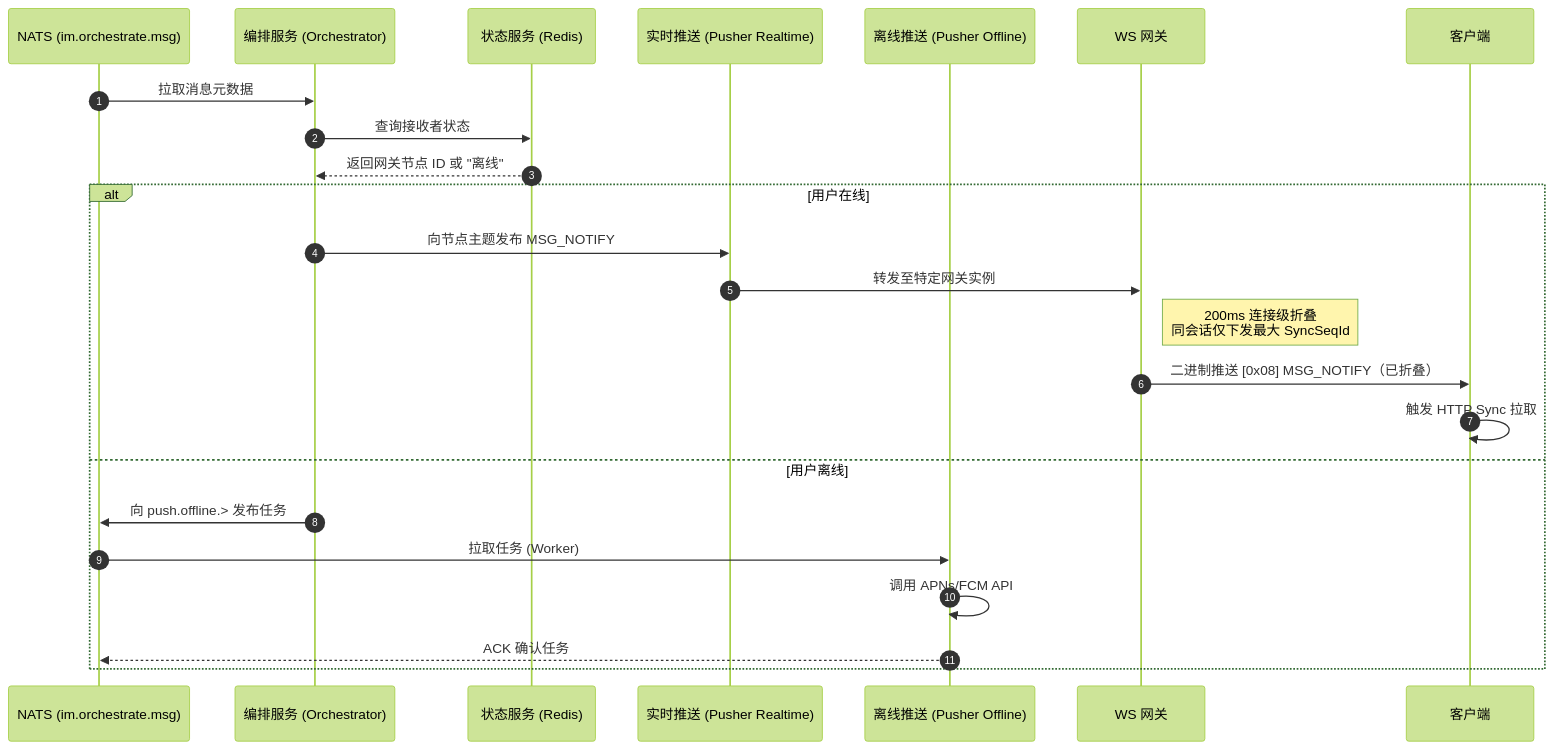
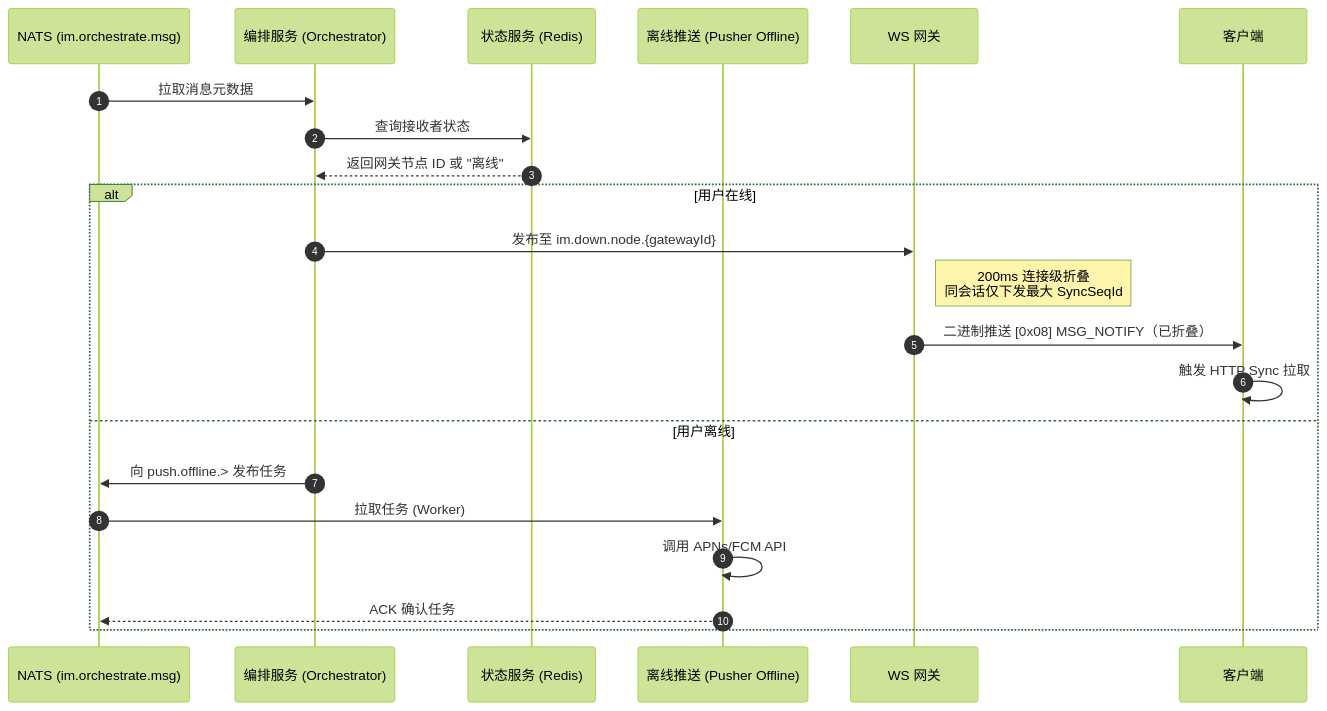
One commit to JamesWilson19970101/ocean.chat.docs changed the diagram in i18n/zh-CN/docusaurus-plugin-content-docs/current/devdocs/Bussiness Logic/message-dispatch-push-flow.md. Above: the diagram before and after it, drawn with Mermaid (forest theme). The commit also changed other lines of this file and 5 other files, not shown here.

First line of the commit message:
docs: mark pusher-realtime reserved; orchestrator owns online fan-out

````diff
--- a/i18n/zh-CN/docusaurus-plugin-content-docs/current/devdocs/Bussiness Logic/message-dispatch-push-flow.md
+++ b/i18n/zh-CN/docusaurus-plugin-content-docs/current/devdocs/Bussiness Logic/message-dispatch-push-flow.md
@@ -96,28 +100,26 @@
 ```mermaid
 sequenceDiagram
     autonumber
     participant N as NATS (im.orchestrate.msg)
     participant O as 编排服务 (Orchestrator)
     participant P as 状态服务 (Redis)
-    participant R as 实时推送 (Pusher Realtime)
     participant OF as 离线推送 (Pusher Offline)
     participant G as WS 网关
     participant C as 客户端
 
     N->>O: 拉取消息元数据
     O->>P: 查询接收者状态
     P-->>O: 返回网关节点 ID 或 "离线"
 
     alt 用户在线
-        O->>R: 向节点主题发布 MSG_NOTIFY
-        R->>G: 转发至特定网关实例
+        O->>G: 发布至 im.down.node.{gatewayId}
         note right of G: 200ms 连接级折叠<br/>同会话仅下发最大 SyncSeqId
         G->>C: 二进制推送 [0x08] MSG_NOTIFY（已折叠）
         C->>C: 触发 HTTP Sync 拉取
     else 用户离线
         O->>N: 向 push.offline.> 发布任务
         N->>OF: 拉取任务 (Worker)
         OF->>OF: 调用 APNs/FCM API
         OF-->>N: ACK 确认任务
     end
 ```
````
